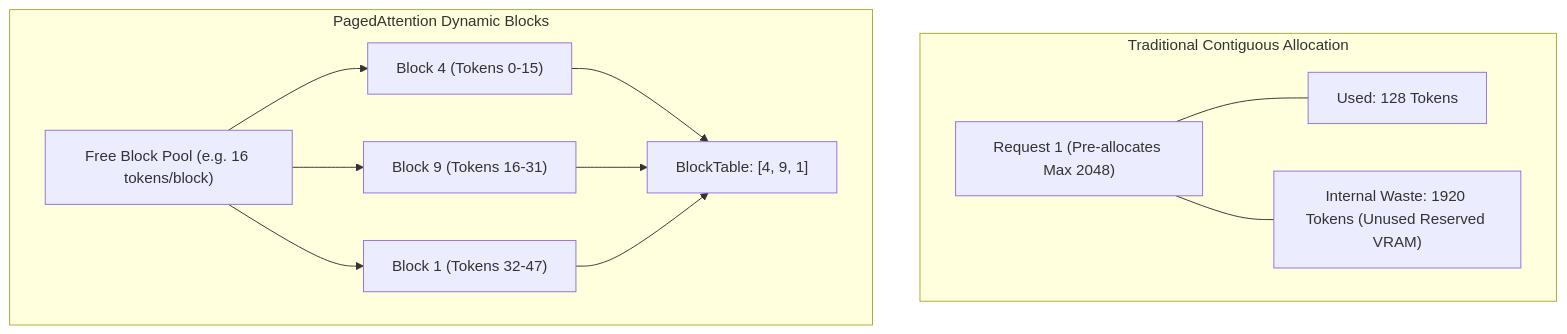
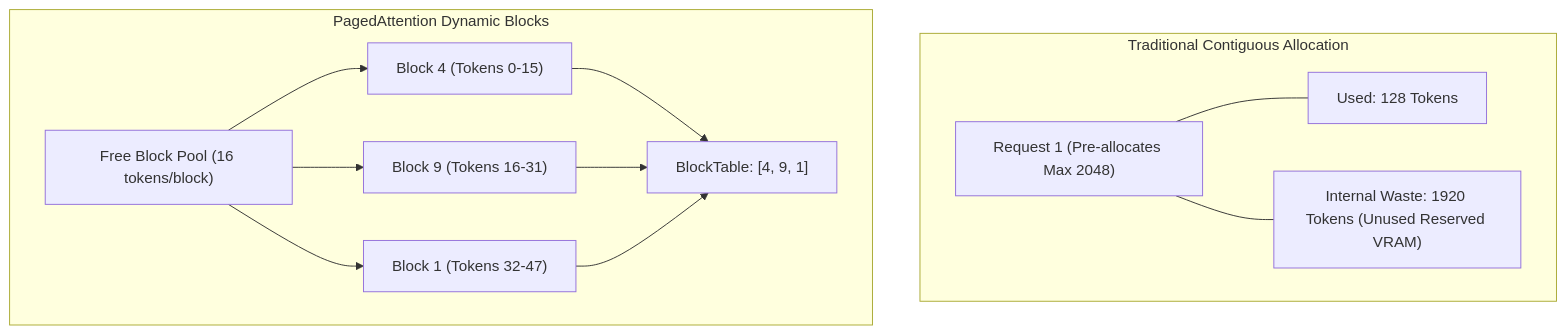
One commit to Sandeep-kumar-IITR/LLM-Inference changed the diagram in docs/kv_cache.md. Above: the diagram before and after it, drawn with Mermaid. The commit also changed 4 other files, not shown here.

````diff
--- a/docs/kv_cache.md
+++ b/docs/kv_cache.md
@@ -30,15 +30,17 @@
 ```mermaid
-graph TD
-    subgraph Traditional Contiguous Allocation
+flowchart TD
+    subgraph Contiguous_Alloc ["Traditional Contiguous Allocation"]
         Req1["Request 1 (Pre-allocates Max 2048)"] --- Used1["Used: 128 Tokens"]
         Req1 --- Waste1["Internal Waste: 1920 Tokens (Unused Reserved VRAM)"]
     end
 
-    subgraph PagedAttention Dynamic Blocks
-        Pool["Free Block Pool (e.g. 16 tokens/block)"]
+    subgraph Paged_Alloc ["PagedAttention Dynamic Blocks"]
+        Pool["Free Block Pool (16 tokens/block)"]
         Pool --> B1["Block 4 (Tokens 0-15)"]
         Pool --> B2["Block 9 (Tokens 16-31)"]
         Pool --> B3["Block 1 (Tokens 32-47)"]
-        B1 & B2 & B3 --> Table["BlockTable: [4, 9, 1]"]
+        B1 --> Table["BlockTable: [4, 9, 1]"]
+        B2 --> Table
+        B3 --> Table
     end
 ```
````
